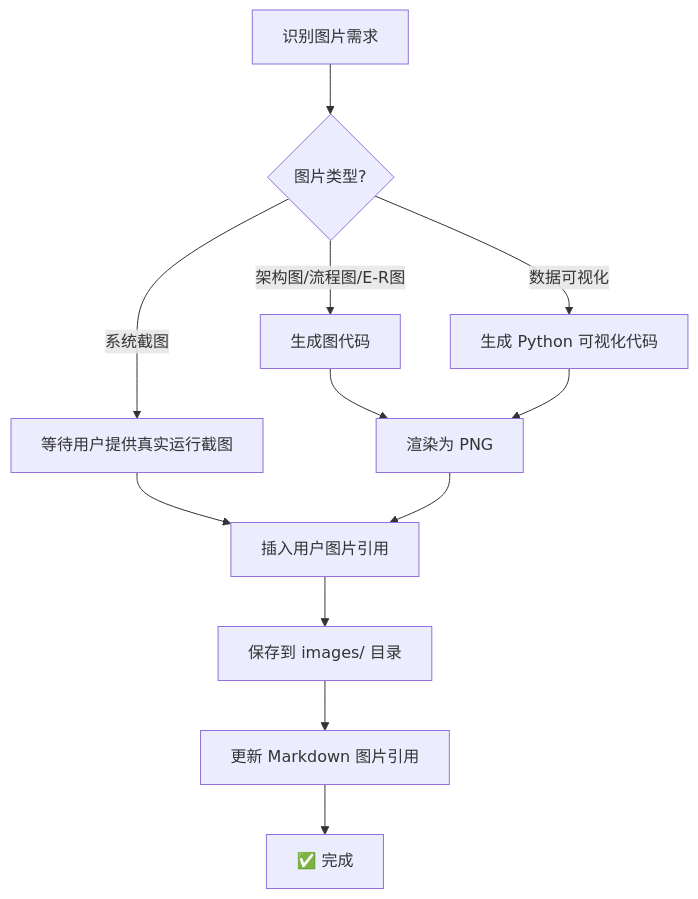
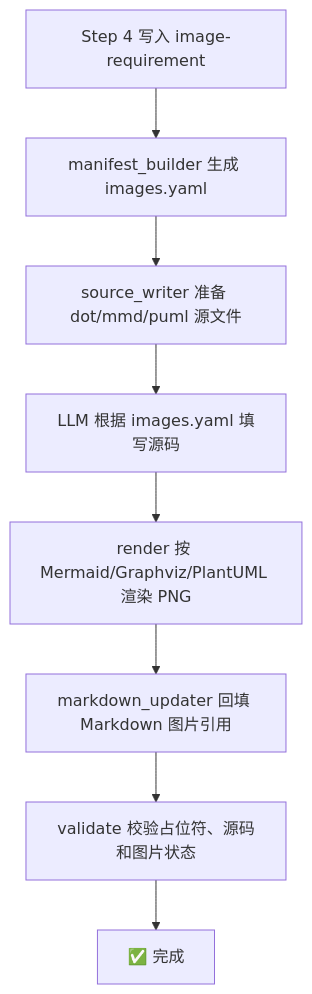
The diagram in prompts/image_generation.md (Stars-OC/thesis-creator), drawn with Mermaid before and after one commit. The commit also changed other lines of this file and 56 other files, not shown here.

Commit message:
feat: 生图 && aigc率降低模块的重构

````diff
--- a/prompts/image_generation.md
+++ b/prompts/image_generation.md
@@ -180,14 +202,10 @@
 ```mermaid
 flowchart TD
-    A[识别图片需求] --> B{图片类型?}
-    B -->|架构图/流程图/E-R图| C[生成图代码]
-    B -->|系统截图| D[等待用户提供真实运行截图]
-    B -->|数据可视化| E[生成 Python 可视化代码]
-    C --> F[渲染为 PNG]
-    D --> G[插入用户图片引用]
-    E --> F
-    F --> G
-    G --> H[保存到 images/ 目录]
-    H --> I[更新 Markdown 图片引用]
-    I --> J[✅ 完成]
+    A[Step 4 写入 image-requirement] --> B[manifest_builder 生成 images.yaml]
+    B --> C[source_writer 准备 dot/mmd/puml 源文件]
+    C --> D[LLM 根据 images.yaml 填写源码]
+    D --> E[render 按 Mermaid/Graphviz/PlantUML 渲染 PNG]
+    E --> F[markdown_updater 回填 Markdown 图片引用]
+    F --> G[validate 校验占位符、源码和图片状态]
+    G --> H[✅ 完成]
 ```
````
